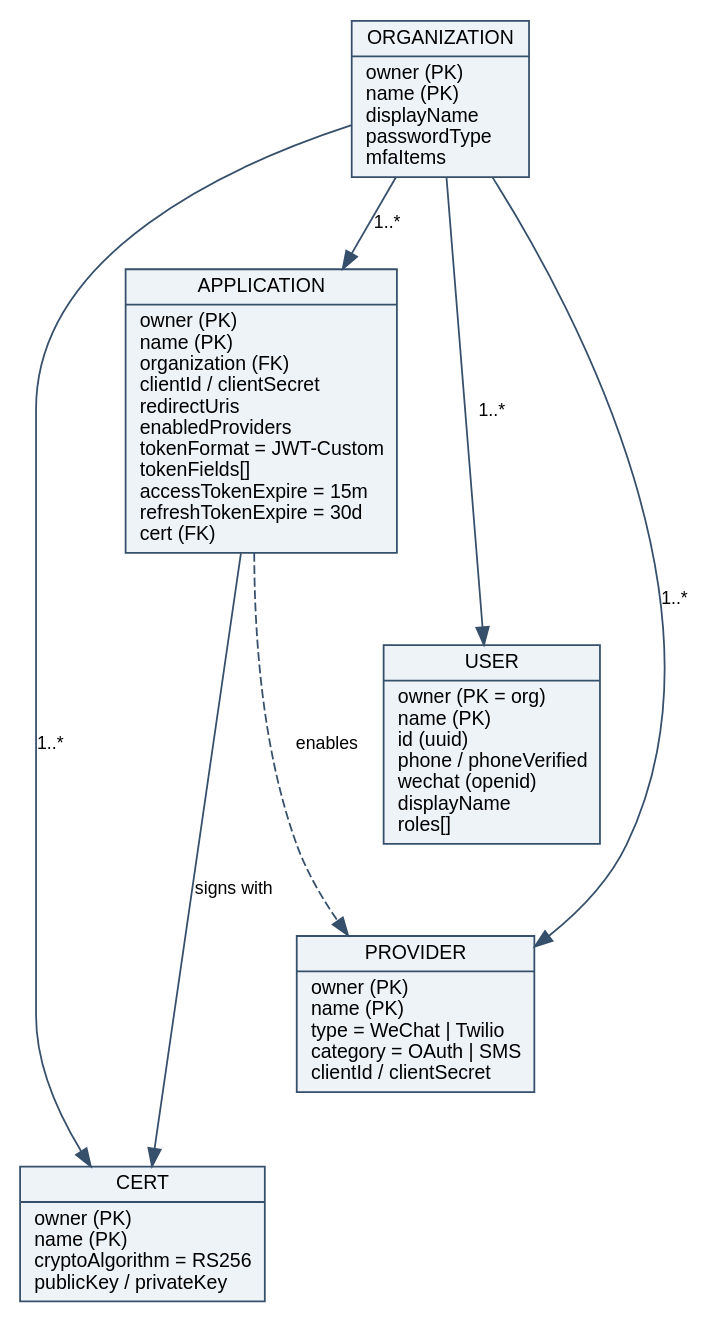
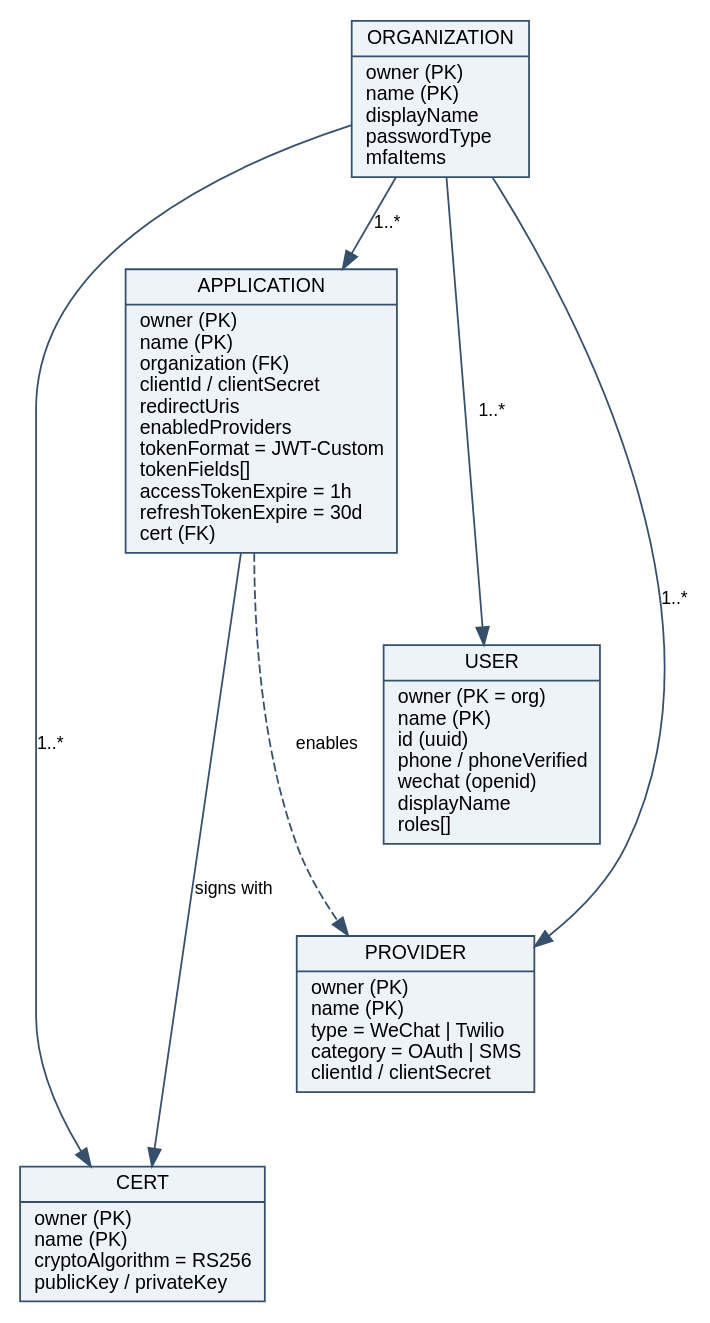
Before and after one commit to Nelson2SR/auth-server: the diagram in docs/technical/assets/06a_erd_identity.dot, drawn with Graphviz. The commit also changed 7 other files, not shown here.

```diff
--- a/docs/technical/assets/06a_erd_identity.dot
+++ b/docs/technical/assets/06a_erd_identity.dot
@@ -1,24 +1,24 @@
 digraph erd_identity {
   rankdir=TB;
   nodesep=0.4; ranksep=0.55;
   bgcolor="white";
   node [fontname="Arial", fontsize=11, shape=record, style="filled", fillcolor="#eef3f8", color="#36506b"];
   edge [fontname="Arial", fontsize=10, color="#36506b"];
 
   organization [label="{ORGANIZATION|owner (PK)\lname (PK)\ldisplayName\lpasswordType\lmfaItems\l}"];
-  application  [label="{APPLICATION|owner (PK)\lname (PK)\lorganization (FK)\lclientId / clientSecret\lredirectUris\lenabledProviders\ltokenFormat = JWT-Custom\ltokenFields[]\laccessTokenExpire = 15m\lrefreshTokenExpire = 30d\lcert (FK)\l}"];
+  application  [label="{APPLICATION|owner (PK)\lname (PK)\lorganization (FK)\lclientId / clientSecret\lredirectUris\lenabledProviders\ltokenFormat = JWT-Custom\ltokenFields[]\laccessTokenExpire = 1h\lrefreshTokenExpire = 30d\lcert (FK)\l}"];
   user         [label="{USER|owner (PK = org)\lname (PK)\lid (uuid)\lphone / phoneVerified\lwechat (openid)\ldisplayName\lroles[]\l}"];
   provider     [label="{PROVIDER|owner (PK)\lname (PK)\ltype = WeChat \| Twilio\lcategory = OAuth \| SMS\lclientId / clientSecret\l}"];
   cert         [label="{CERT|owner (PK)\lname (PK)\lcryptoAlgorithm = RS256\lpublicKey / privateKey\l}"];
 
   organization -> application [label="1..*"];
   organization -> user        [label="1..*"];
   organization -> provider    [label="1..*"];
   organization -> cert        [label="1..*"];
   application  -> cert         [label="signs with"];
   application  -> provider     [label="enables", style=dashed];
 
   application -> user     [style=invis];
   user        -> provider [style=invis];
   provider    -> cert     [style=invis];
 }
```
